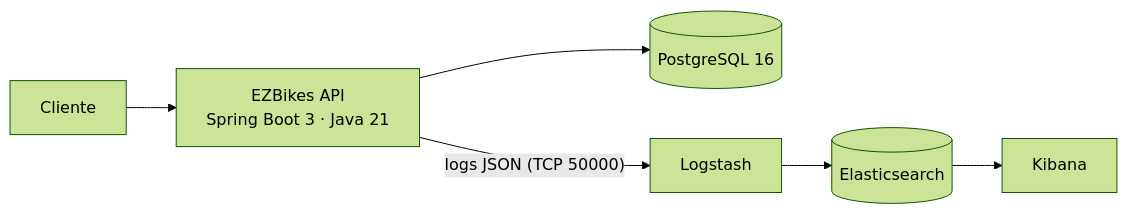
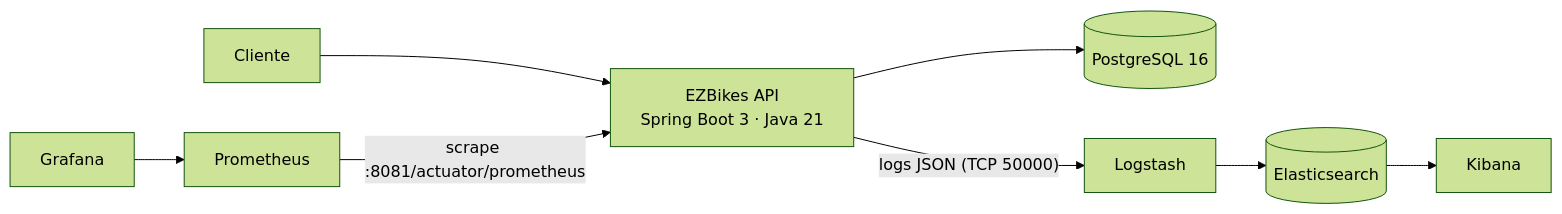
The diagram in README.md (EnzoOliveiradev/Projeto-Aplicado1-EZBIKES), drawn with Mermaid (forest theme) before and after one commit. The commit also changed other lines of this file and 17 other files, not shown here.

First line of the commit message:
Dia 4: métricas de negócio, Prometheus, recording rules e Grafana

````diff
--- a/README.md
+++ b/README.md
@@ -36,8 +36,10 @@
 ```mermaid
 flowchart LR
     U[Cliente] --> API[EZBikes API<br/>Spring Boot 3 · Java 21]
     API --> DB[(PostgreSQL 16)]
     API -- "logs JSON (TCP 50000)" --> LS[Logstash]
     LS --> ES[(Elasticsearch)]
     ES --> KB[Kibana]
+    PR[Prometheus] -- "scrape :8081/actuator/prometheus" --> API
+    GF[Grafana] --> PR
 ```
````
